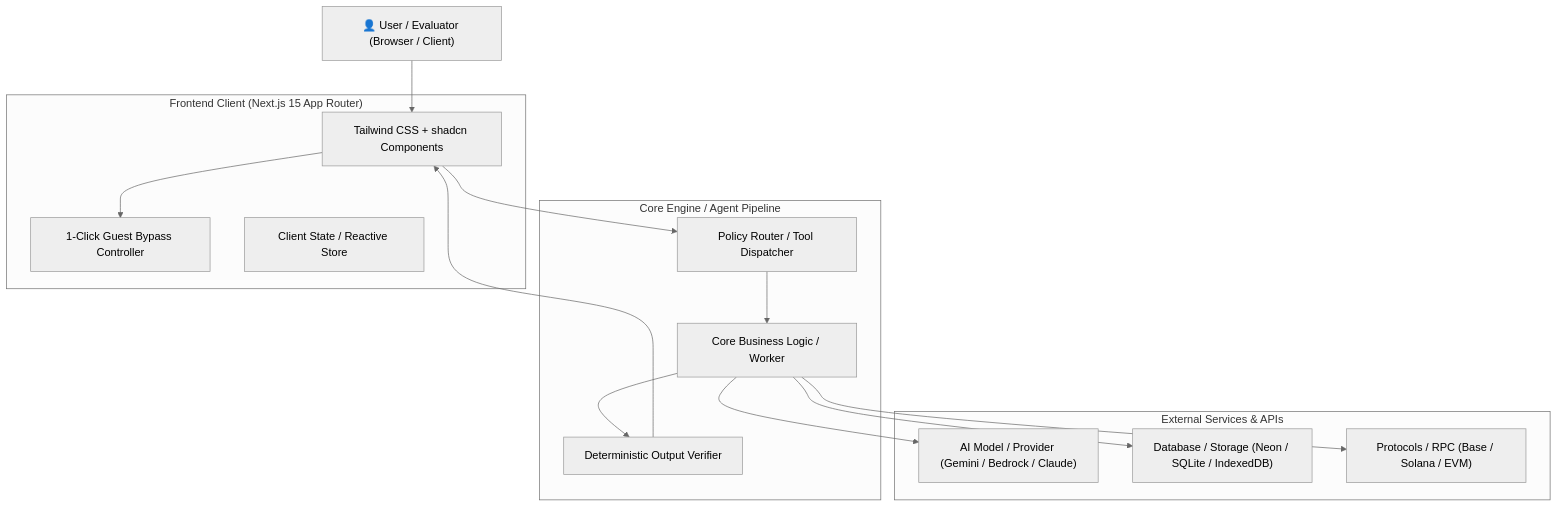
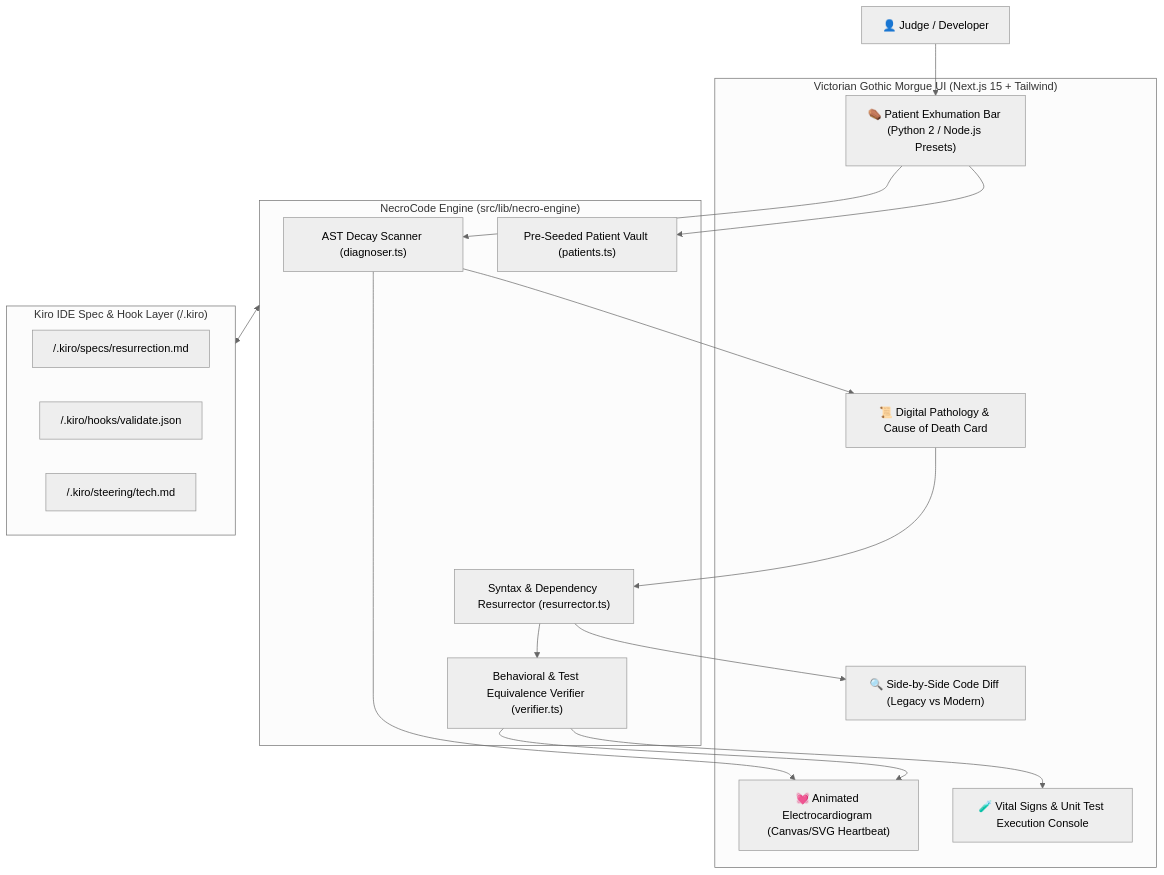
The diagram in .kiro/specs/design.md (GhulamMustufa/patchpulse), drawn with Mermaid (neutral theme) before and after one commit. The commit also changed other lines of this file and 5 other files, not shown here.

Commit message:
chore(kiro): synchronize Kiro specs with NecroCode requirements, design, and tasks

````diff
--- a/.kiro/specs/design.md
+++ b/.kiro/specs/design.md
@@ -9,32 +9,37 @@
 ```mermaid
 flowchart TD
-    User["👤 User / Evaluator (Browser / Client)"]
+    Judge["👤 Judge / Developer"]
     
-    subgraph Frontend["Frontend Client (Next.js 15 App Router)"]
-        UI["Tailwind CSS + shadcn Components"]
-        GuestBypass["1-Click Guest Bypass Controller"]
-        State["Client State / Reactive Store"]
+    subgraph UI["Victorian Gothic Morgue UI (Next.js 15 + Tailwind)"]
+        PresetBar["⚰️ Patient Exhumation Bar (Python 2 / Node.js Presets)"]
+        ECGMonitor["💓 Animated Electrocardiogram (Canvas/SVG Heartbeat)"]
+        AutopsyReport["📜 Digital Pathology & Cause of Death Card"]
+        DiffViewer["🔍 Side-by-Side Code Diff (Legacy vs Modern)"]
+        TestRunner["🧪 Vital Signs & Unit Test Execution Console"]
     end
     
-    subgraph CoreEngine["Core Engine / Agent Pipeline"]
-        Router["Policy Router / Tool Dispatcher"]
-        Engine["Core Business Logic / Worker"]
-        Verifier["Deterministic Output Verifier"]
+    subgraph NecroEngine["NecroCode Engine (src/lib/necro-engine)"]
+        Scanner["AST Decay Scanner (diagnoser.ts)"]
+        Transformer["Syntax & Dependency Resurrector (resurrector.ts)"]
+        Verifier["Behavioral & Test Equivalence Verifier (verifier.ts)"]
+        Patients["Pre-Seeded Patient Vault (patients.ts)"]
     end
     
-    subgraph External["External Services & APIs"]
-        LLM["AI Model / Provider (Gemini / Bedrock / Claude)"]
-        DB["Database / Storage (Neon / SQLite / IndexedDB)"]
-        Protocols["Protocols / RPC (Base / Solana / EVM)"]
+    subgraph KiroIntegration["Kiro IDE Spec & Hook Layer (/.kiro)"]
+        KiroSpecs["/.kiro/specs/resurrection.md"]
+        KiroHooks["/.kiro/hooks/validate.json"]
+        KiroSteering["/.kiro/steering/tech.md"]
     end
     
-    User --> UI
-    UI --> GuestBypass
-    UI --> Router
-    Router --> Engine
-    Engine --> LLM
-    Engine --> DB
-    Engine --> Protocols
-    Engine --> Verifier
-    Verifier --> UI
+    Judge --> PresetBar
+    PresetBar --> Patients
+    PresetBar --> Scanner
+    Scanner --> AutopsyReport
+    Scanner --> ECGMonitor
+    AutopsyReport --> Transformer
+    Transformer --> DiffViewer
+    Transformer --> Verifier
+    Verifier --> TestRunner
+    Verifier --> ECGMonitor
+    NecroEngine <--> KiroIntegration
 ```
````
